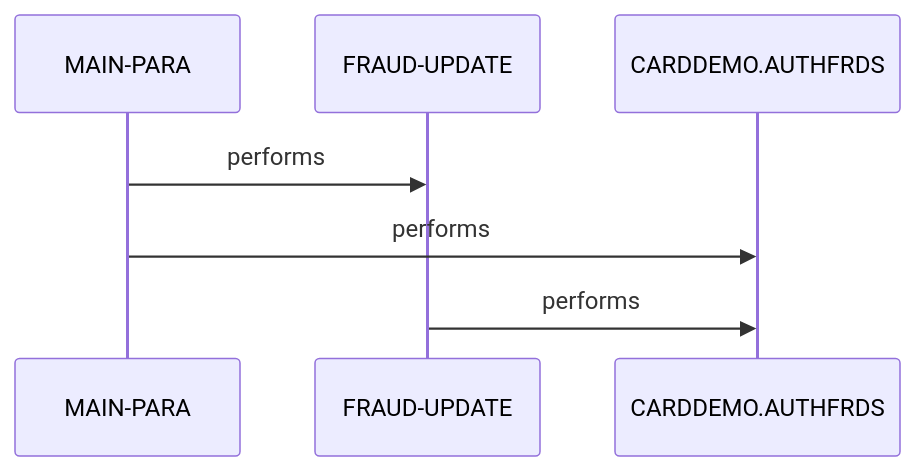
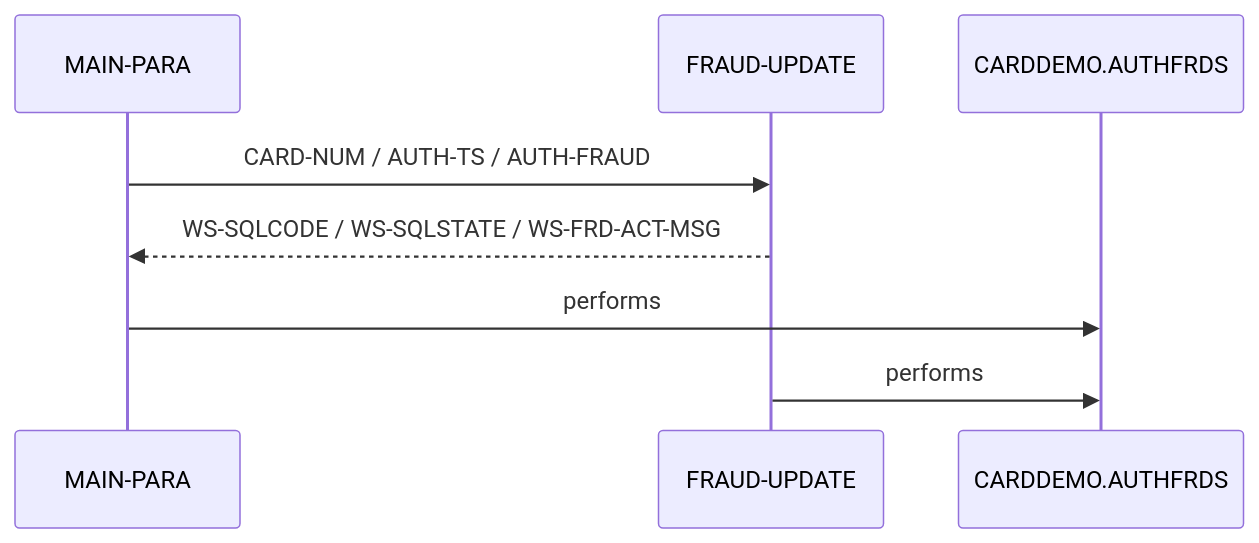
One commit to andrasfe/war_rig changed the second of 2 diagrams in example_output/cbl/COPAUS2C.cbl.md. Above: the diagram before and after it, drawn with Mermaid. The commit also changed other lines of this file and 265 other files, not shown here.

````diff
--- a/example_output/cbl/COPAUS2C.cbl.md
+++ b/example_output/cbl/COPAUS2C.cbl.md
@@ -58,9 +61,10 @@
 ```mermaid
 sequenceDiagram
     participant MAIN_PARA as MAIN-PARA
     participant FRAUD_UPDATE as FRAUD-UPDATE
     participant CARDDEMO_AUTHFRDS as CARDDEMO.AUTHFRDS
-    MAIN_PARA->>FRAUD_UPDATE: performs
+    MAIN_PARA->>FRAUD_UPDATE: CARD-NUM / AUTH-TS / AUTH-FRAUD
+    FRAUD_UPDATE-->>MAIN_PARA: WS-SQLCODE / WS-SQLSTATE / WS-FRD-ACT-MSG
     MAIN_PARA->>CARDDEMO_AUTHFRDS: performs
     FRAUD_UPDATE->>CARDDEMO_AUTHFRDS: performs
 ```
````
